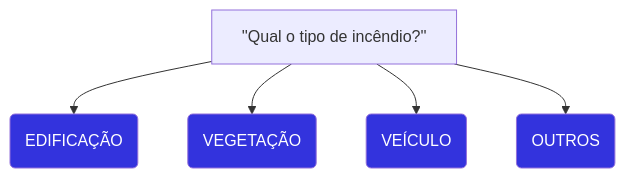
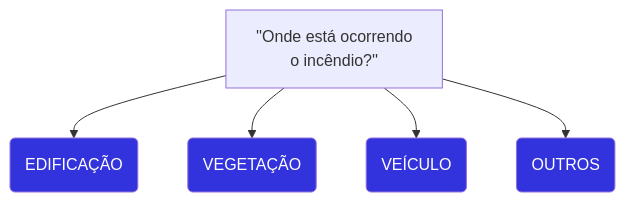
The diagram in docs/atendimento/incendio.mdx (winstein27/protocolo-193), drawn with Mermaid before and after one commit. The commit also changed 7 other files, not shown here.

````diff
--- a/docs/atendimento/incendio.mdx
+++ b/docs/atendimento/incendio.mdx
@@ -7,17 +7,17 @@
 ```mermaid
 flowchart TD
-    A["''Qual o tipo de incêndio?''"]
+    A["''Onde está ocorrendo\no incêndio?''"]
     A --> B(EDIFICAÇÃO):::link 
     A --> C(VEGETAÇÃO):::link
     A --> D(VEÍCULO):::link
     A --> E(OUTROS):::link
 
     classDef atendente fill:#d66, color:#fff
     classDef link fill:#33d, color:#fff
 
     click B "/protocolo-193/operacoes/incendio_edificacao" "Incêndio em Edificação"
     click C "/protocolo-193/operacoes/incendio_vegetacao" "Incêndio em Vegetação"
     click D "/protocolo-193/operacoes/incendio_veiculo" "Incêndio em Veículo"
     click E "/protocolo-193/operacoes/incendio_outros" "Outros Incêndios"
 
 ``` 
````
